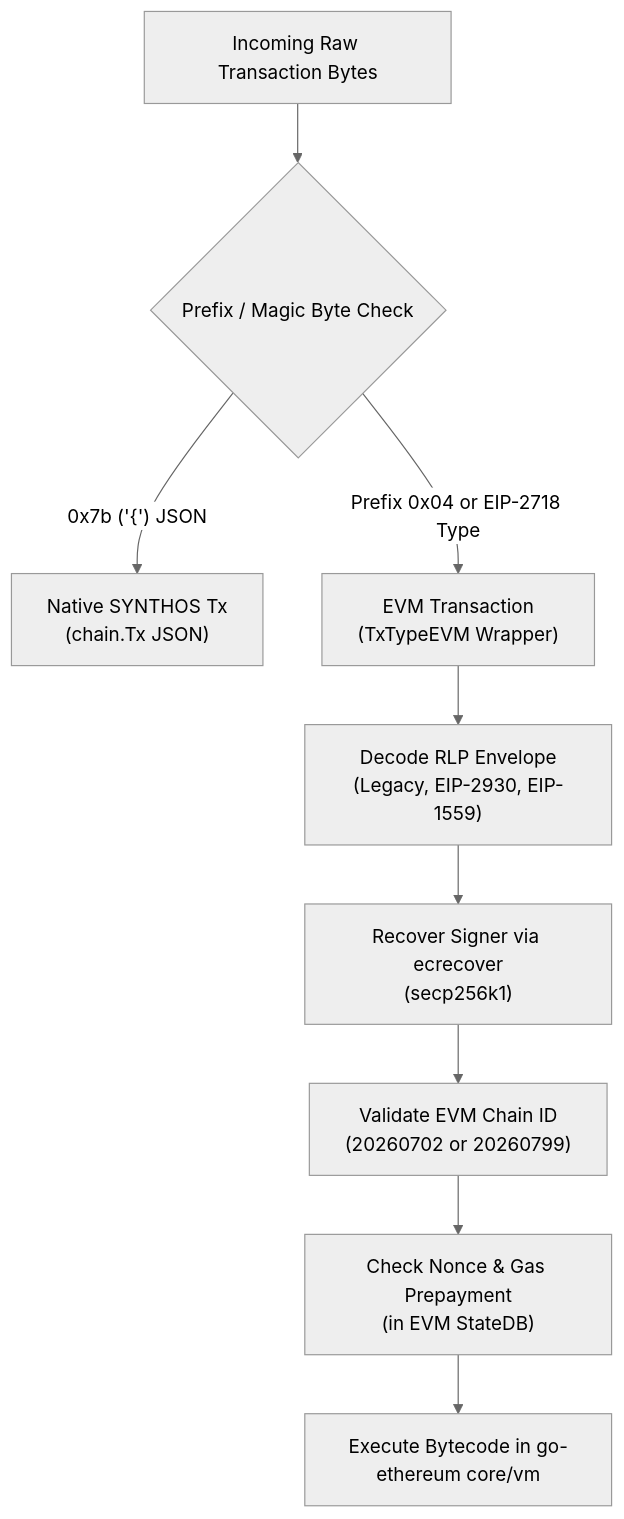
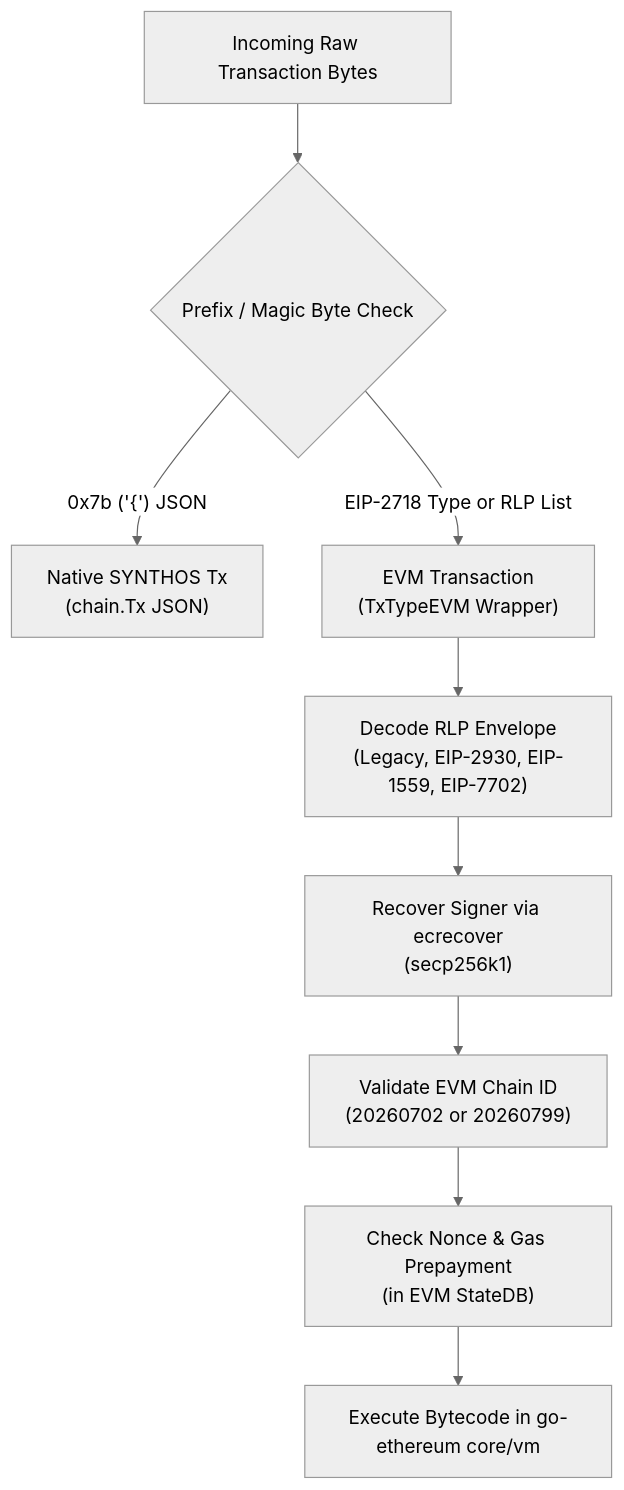
The first of 2 diagrams in docs/evm/DESIGN.md (elpresidentebutch-ctrl/synthos-collective), drawn with Mermaid (neutral theme) before and after one commit. The commit also changed other lines of this file and 12 other files, not shown here.

````diff
--- a/docs/evm/DESIGN.md
+++ b/docs/evm/DESIGN.md
@@ -142,12 +163,12 @@
 ```mermaid
 flowchart TD
     TxRaw["Incoming Raw Transaction Bytes"] --> CheckType{"Prefix / Magic Byte Check"}
     CheckType -- "0x7b ('{') JSON" --> NativeTx["Native SYNTHOS Tx<br>(chain.Tx JSON)"]
-    CheckType -- "Prefix 0x04 or EIP-2718 Type" --> EVMTx["EVM Transaction<br>(TxTypeEVM Wrapper)"]
+    CheckType -- "EIP-2718 Type or RLP List" --> EVMTx["EVM Transaction<br>(TxTypeEVM Wrapper)"]
     
-    EVMTx --> DecodeRLP["Decode RLP Envelope<br>(Legacy, EIP-2930, EIP-1559)"]
+    EVMTx --> DecodeRLP["Decode RLP Envelope<br>(Legacy, EIP-2930, EIP-1559, EIP-7702)"]
     DecodeRLP --> VerifySig["Recover Signer via ecrecover<br>(secp256k1)"]
     VerifySig --> CheckReplay["Validate EVM Chain ID<br>(20260702 or 20260799)"]
     CheckReplay --> CheckNonce["Check Nonce & Gas Prepayment<br>(in EVM StateDB)"]
     CheckNonce --> ExecuteEVM["Execute Bytecode in go-ethereum core/vm"]
 ```
````
